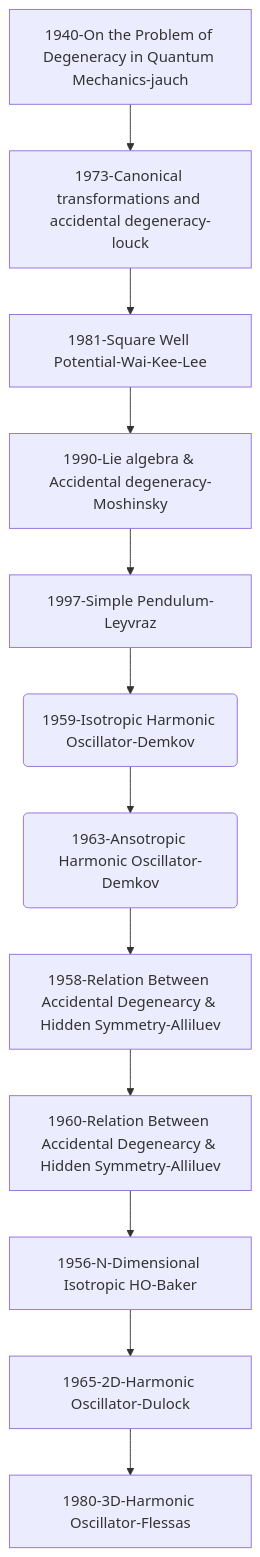
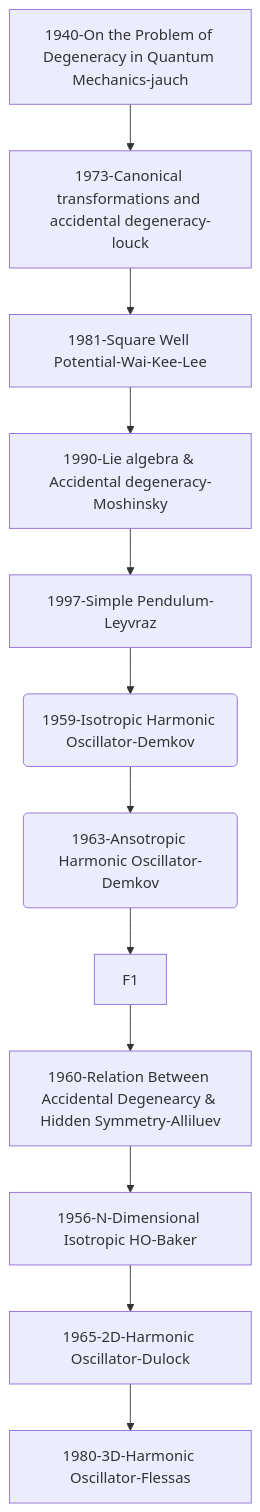
One commit to rajeshphy/research changed the diagram in _posts/2024-08-20-Degeneracy.markdown. Above: the diagram before and after it, drawn with Mermaid. The commit also changed 3 other files, not shown here.

```diff
--- a/_posts/2024-08-20-Degeneracy.markdown
+++ b/_posts/2024-08-20-Degeneracy.markdown
@@ -10,41 +10,46 @@
 <div class="mermaid">
 graph TD;
 
     A0[1940-On the Problem of Degeneracy in Quantum Mechanics-jauch]
     A[1973-Canonical transformations and accidental degeneracy-louck]
     B[1981-Square Well Potential-Wai-Kee-Lee]
     C[1990-Lie algebra & Accidental degeneracy-Moshinsky]
     D[1997-Simple Pendulum-Leyvraz]
 
     A0 --> A; A --> B; B --> C; C --> D;
 
 
     E1(1959-Isotropic Harmonic Oscillator-Demkov)
     E2(1963-Ansotropic Harmonic Oscillator-Demkov)
 
     D --> E1;    E1 --> E2;
 
-    F1[1958-Relation Between Accidental Degenearcy & Hidden Symmetry-Alliluev]
     F2[1960-Relation Between Accidental Degenearcy & Hidden Symmetry-Alliluev]
     F3[1956-N-Dimensional Isotropic HO-Baker]
     F4[1965-2D-Harmonic Oscillator-Dulock]
     F5[1980-3D-Harmonic Oscillator-Flessas]
 
     E2 --> F1; F1 --> F2; F2 --> F3; F3 --> F4; F4 --> F5;
 
 
 
 
 
     click A0 "{{ site.PAPERS-ORG }}/PAPERS-ORG/Degeneracy/1940-jauch.pdf";
     click A "{{ site.PAPERS-ORG }}/PAPERS-ORG/Degeneracy/1973-louck.pdf";
     click B "{{ site.PAPERS-ORG }}/PAPERS-ORG/Degeneracy/1981-Wai-Kee-Lee-Degeneracy-Square-Problem.pdf";
     click C "{{ site.PAPERS-ORG }}/PAPERS-ORG/Degeneracy/1997-Accidental-Degeneracy-Pendulum.pdf";
     click D "{{ site.PAPERS-ORG }}/PAPERS-ORG/Degeneracy/1990-moshinsky.pdf";
 
     click E1 "{{ site.PAPERS-ORG }}/PAPERS-ORG/Degeneracy/1959-DEMKOV-Isotropic.pdf";
     click E2 "{{ site.PAPERS-ORG }}/PAPERS-ORG/Degeneracy/1963-DEMKOV-Anisotropic.pdf";
 
+    click F2 "{{ site.PAPERS-ORG }}/PAPERS-ORG/Degeneracy/1958-ALLILUEV.pdf";
+    click F3 "{{ site.PAPERS-ORG }}/PAPERS-ORG/Degeneracy/1956-baker-Isotropic.pdf";
+    click F4 "{{ site.PAPERS-ORG }}/PAPERS-ORG/Degeneracy/dulock1965.pdf";
+    click F5 "{{ site.PAPERS-ORG }}/PAPERS-ORG/Degeneracy/flessas1980.pdf";
+
+
 
 
 </div>
```
